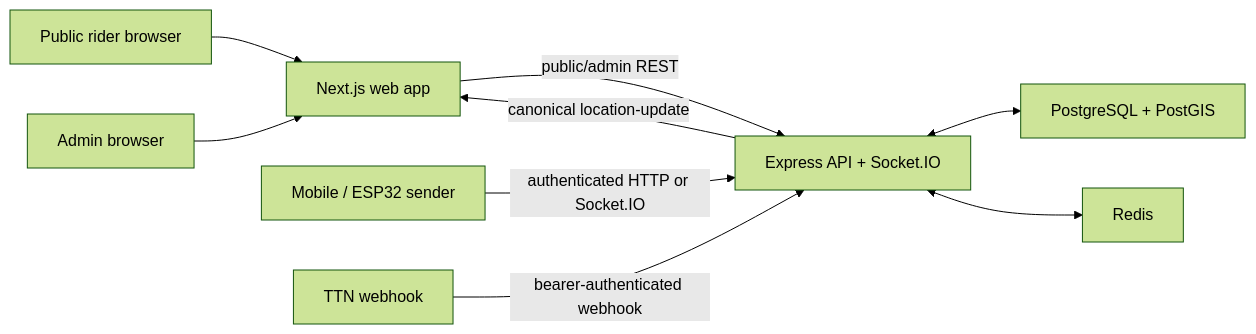
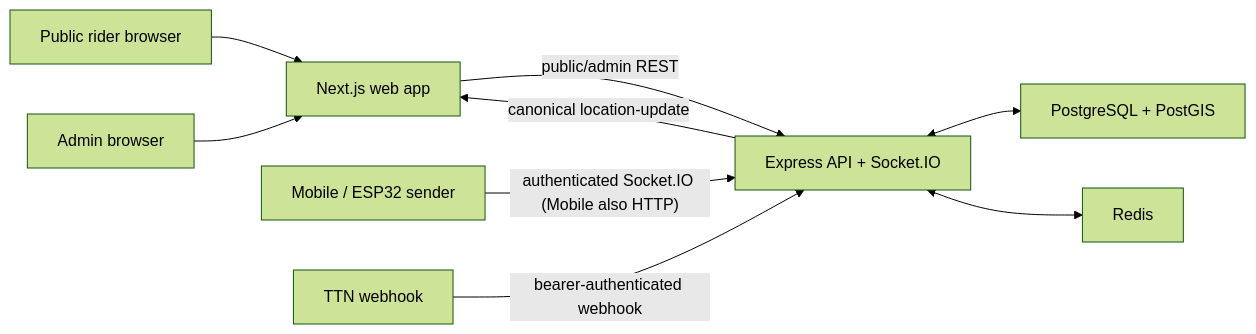
Before and after one commit to nsgundam/TramTrackingSystem: the diagram in docs/architecture.md, drawn with Mermaid (forest theme). The commit also changed other lines of this file and 12 other files, not shown here.

First line of the commit message:
feat(ingest): require Socket.IO transport for ESP32 senders

````diff
--- a/docs/architecture.md
+++ b/docs/architecture.md
@@ -5,11 +5,11 @@
 ```mermaid
 flowchart LR
   Rider["Public rider browser"] --> Web["Next.js web app"]
   Admin["Admin browser"] --> Web
   Web -->|"public/admin REST"| API["Express API + Socket.IO"]
-  Sender["Mobile / ESP32 sender"] -->|"authenticated HTTP or Socket.IO"| API
+  Sender["Mobile / ESP32 sender"] -->|"authenticated Socket.IO (Mobile also HTTP)"| API
   TTN["TTN webhook"] -->|"bearer-authenticated webhook"| API
   API <--> PG["PostgreSQL + PostGIS"]
   API <--> Redis["Redis"]
   API -->|"canonical location-update"| Web
 ```
````
